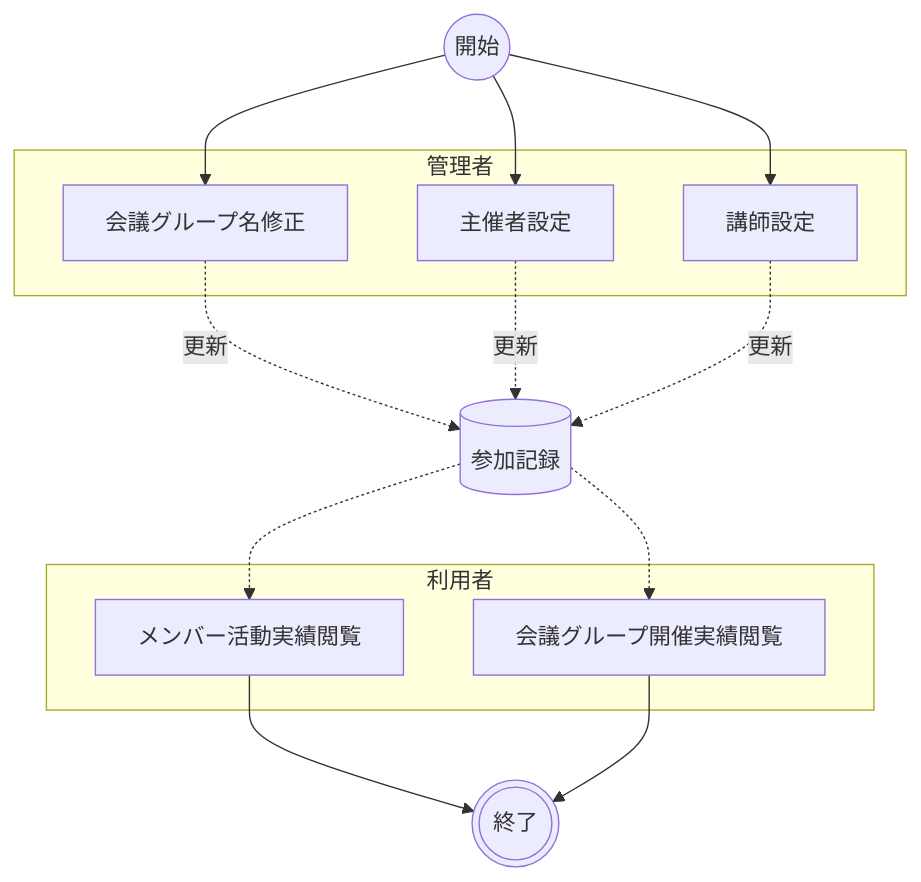
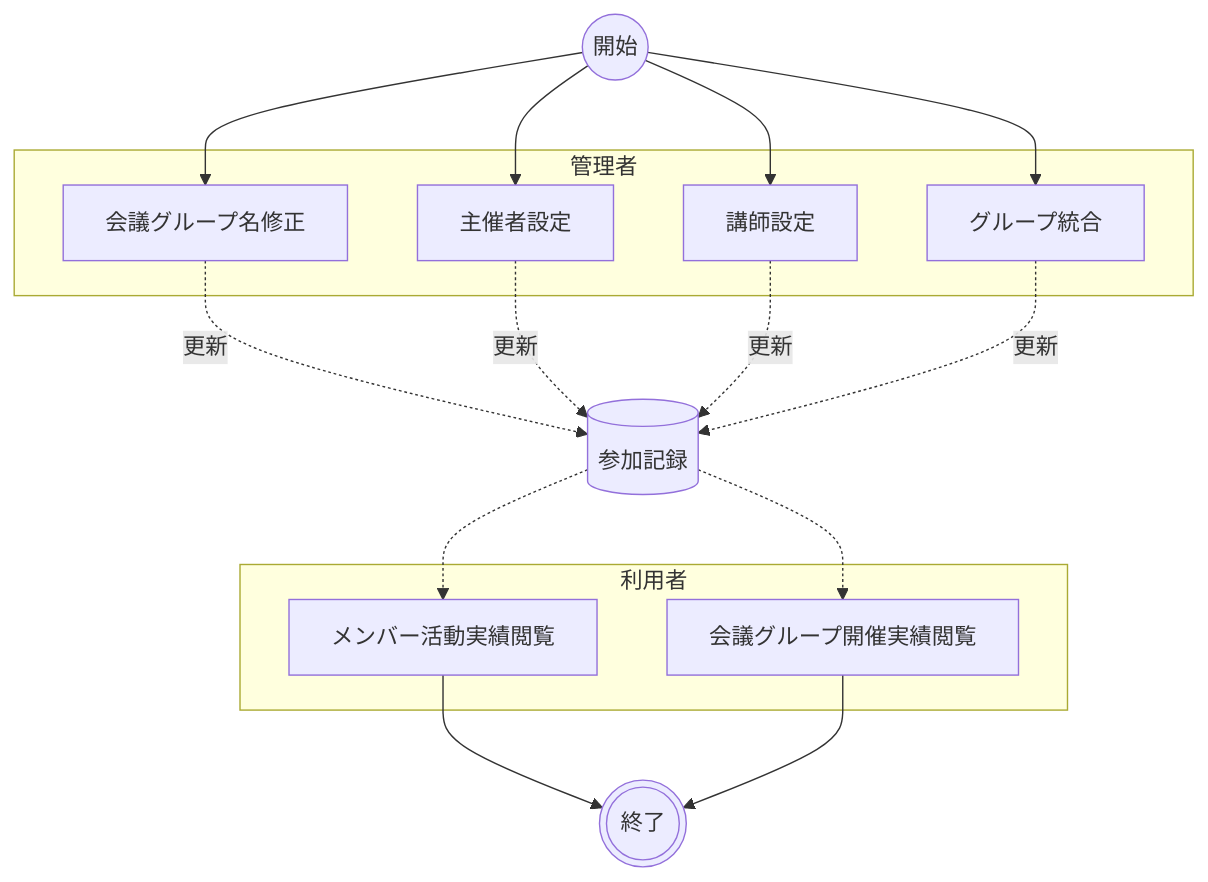
The diagram in docs/02.会議グループ管理/会議グループ管理.md (nuitsjp/teams-board), drawn with Mermaid before and after one commit. The commit also changed other lines of this file and 2 other files, not shown here.

````diff
--- a/docs/02.会議グループ管理/会議グループ管理.md
+++ b/docs/02.会議グループ管理/会議グループ管理.md
@@ -17,29 +17,32 @@
 ```mermaid
 flowchart TD
     開始@{ shape: circle, label: "開始" }
     終了(((終了)))
 
     subgraph 管理者
         B01[会議グループ名修正]
         B02[主催者設定]
         B03[講師設定]
+        B06[グループ統合]
     end
 
     DB[(参加記録)]
 
     subgraph 利用者
         B04[メンバー活動実績閲覧]
         B05[会議グループ開催実績閲覧]
     end
 
     開始 --> B01
     開始 --> B02
     開始 --> B03
+    開始 --> B06
     B01 -.更新.-> DB
     B02 -.更新.-> DB
     B03 -.更新.-> DB
+    B06 -.更新.-> DB
     DB -.-> B04
     DB -.-> B05
     B04 --> 終了
     B05 --> 終了
 ```
````
